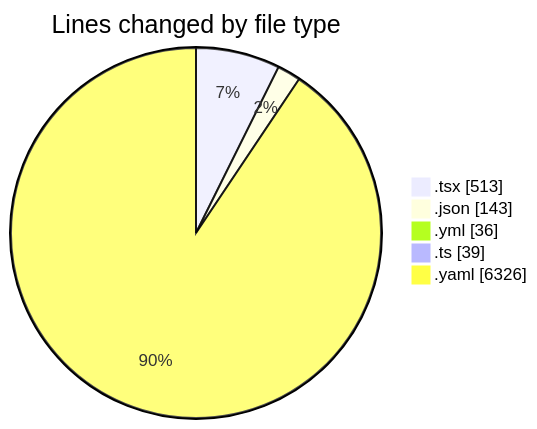
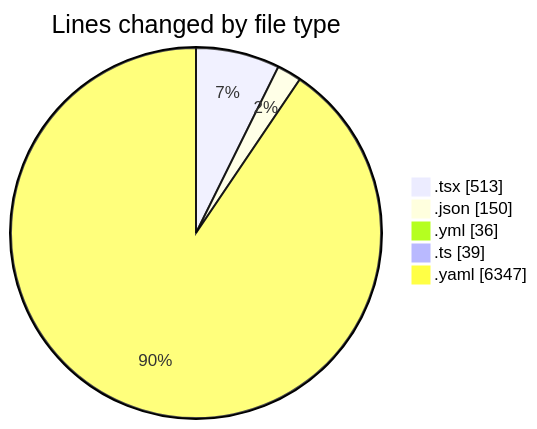
The first of 2 diagrams in 2025-11-27/eventscop-frontend-guide__workspace_/README.md (julien-gomy/code-tracking), drawn with Mermaid before and after one commit. The commit also changed other lines of this file and 1 other file, not shown here.

````diff
--- a/2025-11-27/eventscop-frontend-guide__workspace_/README.md
+++ b/2025-11-27/eventscop-frontend-guide__workspace_/README.md
@@ -31,9 +31,9 @@
 ```mermaid
 pie showData
 title Lines changed by file type
 ".tsx" : 513
-".json" : 143
+".json" : 150
 ".yml" : 36
 ".ts" : 39
-".yaml" : 6326
+".yaml" : 6347
 ```
````
